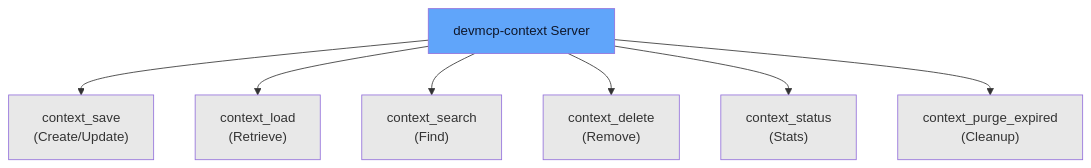
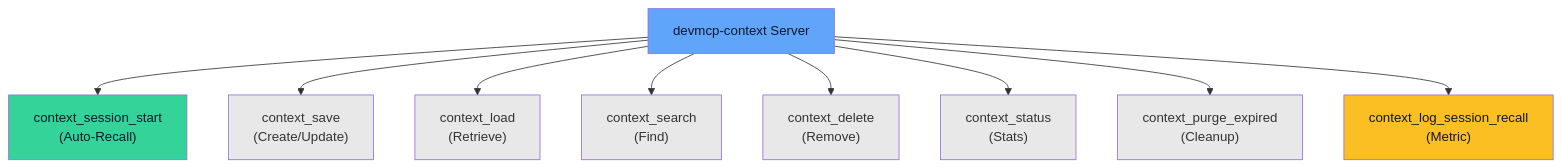
One commit to kushal1o1/devmcp-context changed the fourth of 6 diagrams in docs/architecture.md. Above: the diagram before and after it, drawn with Mermaid. The commit also changed other lines of this file and 3 other files, not shown here.

Commit message:
docs:add docs for new changes recall ,session and log

````diff
--- a/docs/architecture.md
+++ b/docs/architecture.md
@@ -80,26 +89,32 @@
 ```mermaid
 graph TB
     Server["devmcp-context Server"]
     
-    T1["context_save<br/>(Create/Update)"]
-    T2["context_load<br/>(Retrieve)"]
-    T3["context_search<br/>(Find)"]
-    T4["context_delete<br/>(Remove)"]
-    T5["context_status<br/>(Stats)"]
-    T6["context_purge_expired<br/>(Cleanup)"]
+    T1["context_session_start<br/>(Auto-Recall)"]
+    T2["context_save<br/>(Create/Update)"]
+    T3["context_load<br/>(Retrieve)"]
+    T4["context_search<br/>(Find)"]
+    T5["context_delete<br/>(Remove)"]
+    T6["context_status<br/>(Stats)"]
+    T7["context_purge_expired<br/>(Cleanup)"]
+    T8["context_log_session_recall<br/>(Metric)"]
     
     Server --> T1
     Server --> T2
     Server --> T3
     Server --> T4
     Server --> T5
     Server --> T6
+    Server --> T7
+    Server --> T8
     
     style Server fill:#60a5fa,color:#0f172a
-    style T1 fill:#e8e8e8
+    style T1 fill:#34d399,color:#0f172a
     style T2 fill:#e8e8e8
     style T3 fill:#e8e8e8
     style T4 fill:#e8e8e8
     style T5 fill:#e8e8e8
     style T6 fill:#e8e8e8
+    style T7 fill:#e8e8e8
+    style T8 fill:#fbbf24,color:#0f172a
 ```
````
